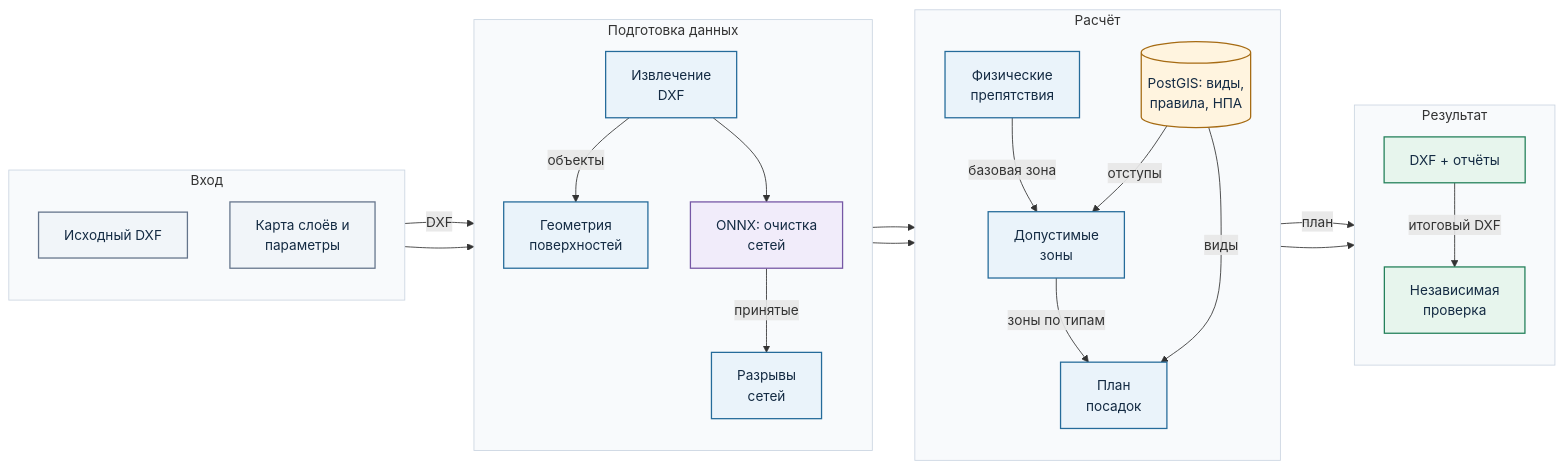
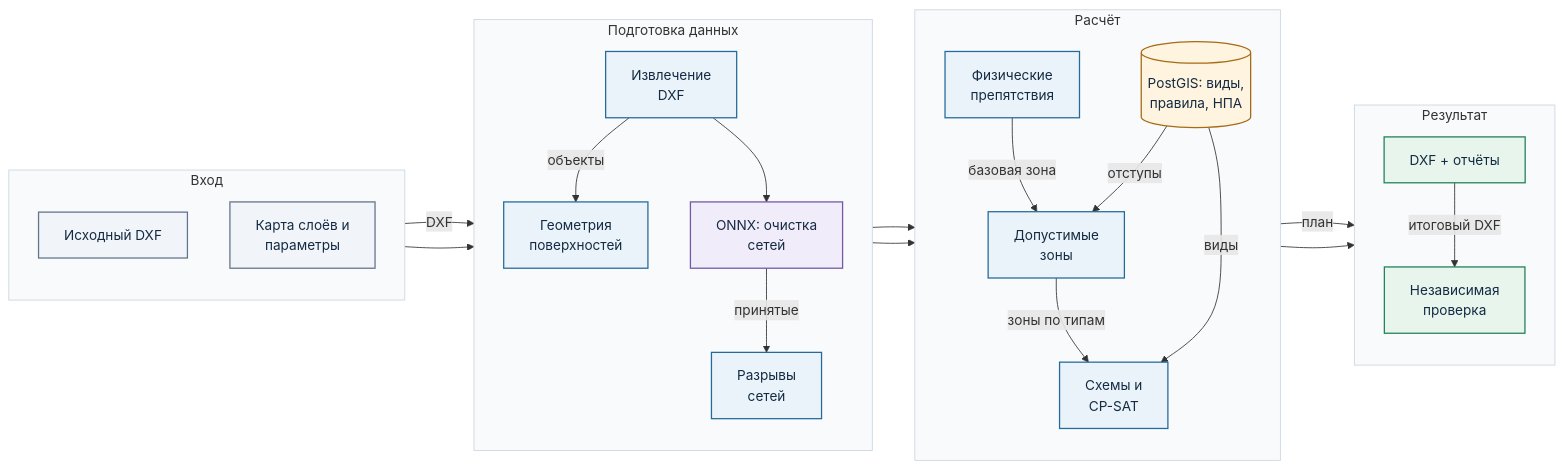
One commit to Postman33/GreenAI changed the first of 2 diagrams in docs/architecture.md. Above: the diagram before and after it, drawn with Mermaid. The commit also changed other lines of this file and 15 other files, not shown here.

````diff
--- a/docs/architecture.md
+++ b/docs/architecture.md
@@ -10,66 +10,66 @@
 ```mermaid
 %% diagram:system_design
 flowchart LR
     subgraph input["Вход"]
         direction TB
         dxf["Исходный DXF"]
         config["Карта слоёв и<br/>параметры"]
     end
     subgraph prepare["Подготовка данных"]
         direction TB
         extract["Извлечение<br/>DXF"]
         normalize["Геометрия<br/>поверхностей"]
         model["ONNX: очистка<br/>сетей"]
         reconstruct["Разрывы<br/>сетей"]
     end
     subgraph calculate["Расчёт"]
         direction TB
         constraints["Физические<br/>препятствия"]
         rules["Допустимые<br/>зоны"]
         database[("PostGIS: виды,<br/>правила, НПА")]
-        planner["План<br/>посадок"]
+        planner["Схемы и<br/>CP-SAT"]
     end
     subgraph deliver["Результат"]
         direction TB
         export["DXF + отчёты"]
         verify["Независимая<br/>проверка"]
     end
 
     dxf -->|DXF| extract
     config --> extract
     extract -->|объекты| normalize
     extract --> model
     model -->|принятые| reconstruct
     normalize --> constraints
     reconstruct --> constraints
     constraints -->|базовая зона| rules
     database -->|отступы| rules
     database -->|виды| planner
     rules -->|зоны по типам| planner
     planner -->|план| export
     planner --> verify
     export -->|итоговый DXF| verify
 
     classDef source fill:#f1f5f9,stroke:#64748b,stroke-width:1.5px,color:#142b43
     classDef process fill:#eaf3fa,stroke:#256b9a,stroke-width:1.5px,color:#142b43
     classDef model fill:#f1ecfa,stroke:#7657a5,stroke-width:1.5px,color:#142b43
     classDef data fill:#fff4df,stroke:#a66b13,stroke-width:1.5px,color:#142b43
     classDef output fill:#e7f5ed,stroke:#23805a,stroke-width:1.5px,color:#142b43
     classDef warning fill:#fdf0ed,stroke:#b45346,stroke-width:1.5px,color:#142b43
     class dxf source
     class config source
     class extract process
     class normalize process
     class model model
     class reconstruct process
     class constraints process
     class rules process
     class database data
     class planner process
     class export output
     class verify output
     style input fill:#f8fafc,stroke:#cbd5e1,stroke-width:1px
     style prepare fill:#f8fafc,stroke:#cbd5e1,stroke-width:1px
     style calculate fill:#f8fafc,stroke:#cbd5e1,stroke-width:1px
     style deliver fill:#f8fafc,stroke:#cbd5e1,stroke-width:1px
 ```
````
